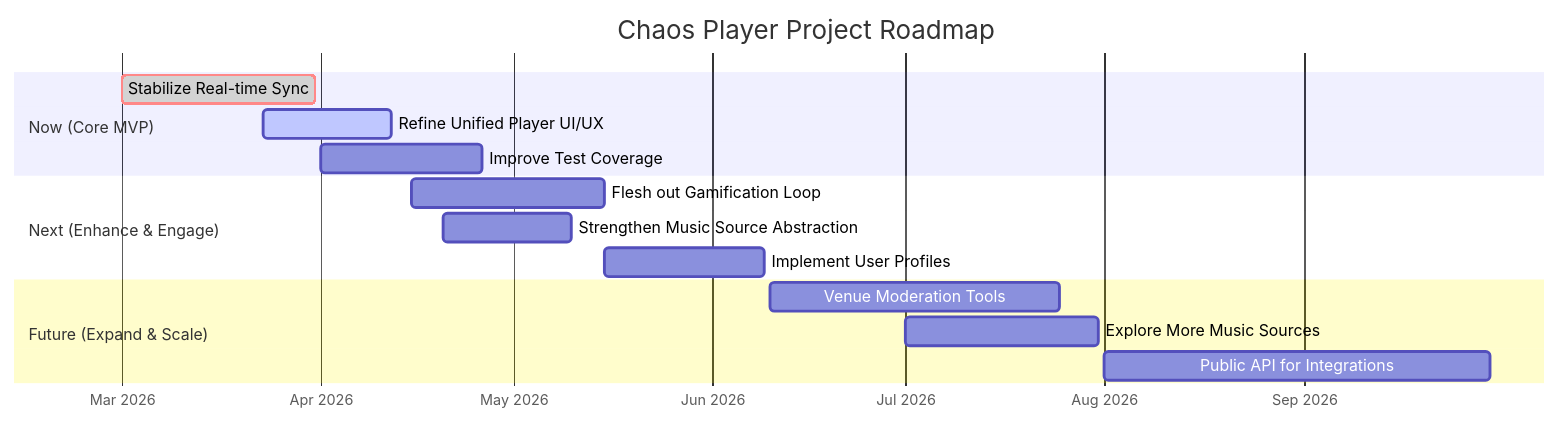
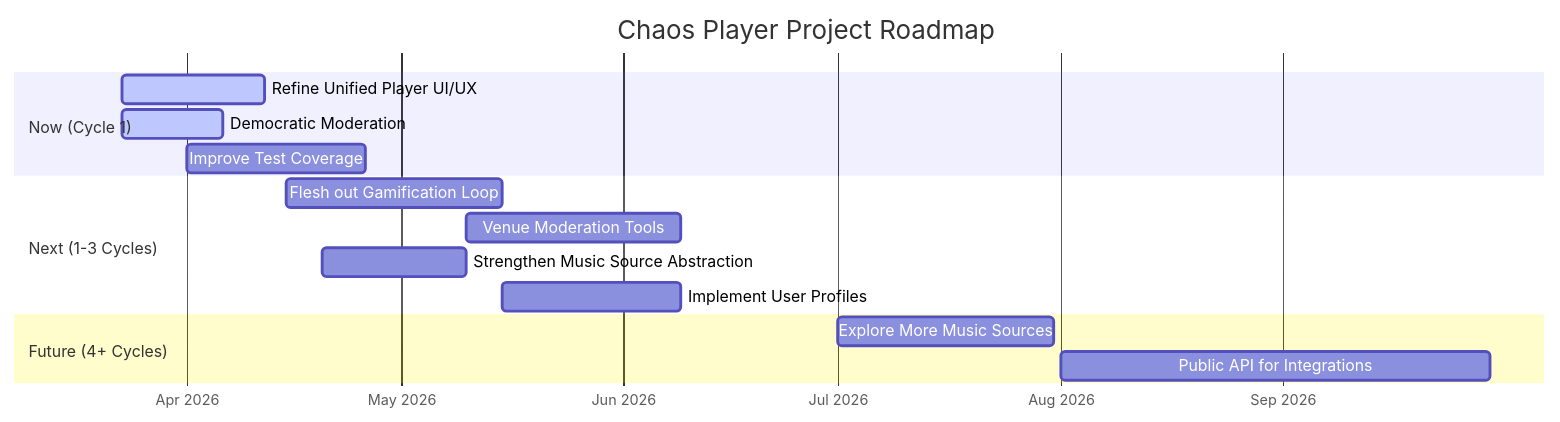
Before and after one commit to akozma89/chaos-player: the diagram in ROADMAP.md, drawn with Mermaid. The commit also changed 15 other files, not shown here.

Commit message:
feat(moderation): implement democratic skip veto and host controls

````diff
--- a/ROADMAP.md
+++ b/ROADMAP.md
@@ -3,21 +3,21 @@
 ```mermaid
 gantt
     title Chaos Player Project Roadmap
     dateFormat  YYYY-MM-DD
     axisFormat  %b %Y
 
-    section Now (Core MVP)
-    Stabilize Real-time Sync      :crit, done, 2026-03-01, 30d
+    section Now (Cycle 1)
     Refine Unified Player UI/UX   :active, 2026-03-23, 20d
+    Democratic Moderation         :active, 2026-03-23, 14d
     Improve Test Coverage         : 2026-04-01, 25d
 
-    section Next (Enhance & Engage)
+    section Next (1-3 Cycles)
     Flesh out Gamification Loop   : 2026-04-15, 30d
+    Venue Moderation Tools        : 2026-05-10, 30d
     Strengthen Music Source Abstraction : 2026-04-20, 20d
     Implement User Profiles       : 2026-05-15, 25d
 
-    section Future (Expand & Scale)
-    Venue Moderation Tools        : 2026-06-10, 45d
+    section Future (4+ Cycles)
     Explore More Music Sources    : 2026-07-01, 30d
     Public API for Integrations   : 2026-08-01, 60d
 ```
````
